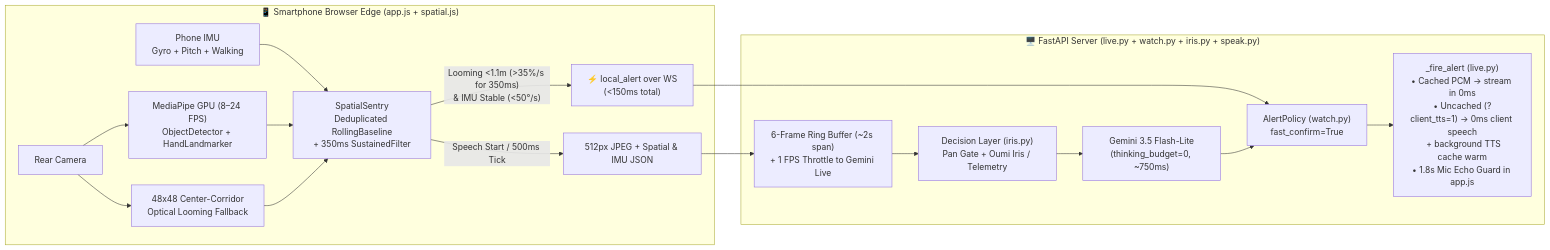
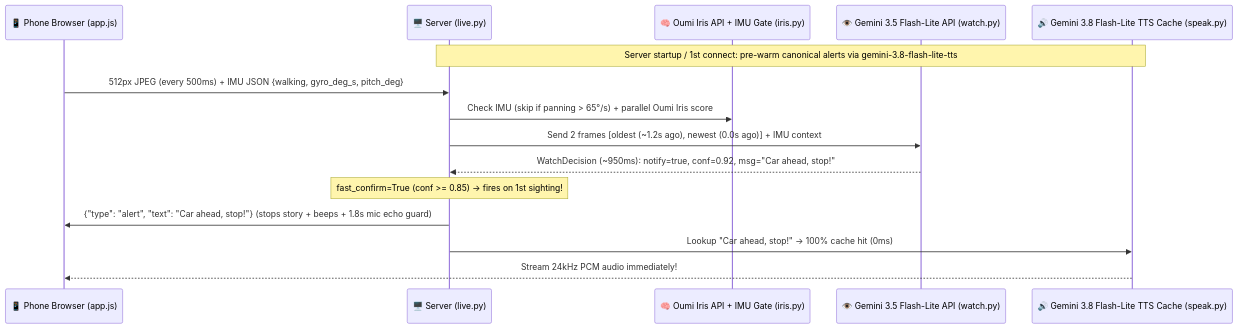
Before and after one commit to Mike17K/genaisummit2026: the diagram in project-context/fast-warnings-master-plan.md, drawn with Mermaid. The commit also changed other lines of this file, not shown here.

Commit message:
Update master plan to API-models-first architecture with live benchmark data

````diff
--- a/project-context/fast-warnings-master-plan.md
+++ b/project-context/fast-warnings-master-plan.md
@@ -25,21 +34,18 @@
 ```mermaid
-flowchart LR
-    subgraph Phone["📱 Smartphone Browser Edge (app.js + spatial.js)"]
-        Cam["Rear Camera"] --> MP["MediaPipe GPU (8–24 FPS)<br/>ObjectDetector + HandLandmarker"]
-        Cam --> Opt["48x48 Center-Corridor<br/>Optical Looming Fallback"]
-        IMU["Phone IMU<br/>Gyro + Pitch + Walking"] --> Sentry["SpatialSentry<br/>Deduplicated RollingBaseline<br/>+ 350ms SustainedFilter"]
-        MP --> Sentry
-        Opt --> Sentry
-        Sentry -- "Looming <1.1m (>35%/s for 350ms)<br/>& IMU Stable (<50°/s)" --> LocalAlert["⚡ local_alert over WS<br/>(<150ms total)"]
-        Sentry -- "Speech Start / 500ms Tick" --> FramePush["512px JPEG + Spatial & IMU JSON"]
-    end
+sequenceDiagram
+    participant Phone as 📱 Phone Browser (app.js)
+    participant Live as 🖥️ Server (live.py)
+    participant Iris as 🧠 Oumi Iris API + IMU Gate (iris.py)
+    participant Watch as 👁️ Gemini 3.5 Flash-Lite API (watch.py)
+    participant TTS as 🔊 Gemini 3.8 Flash-Lite TTS Cache (speak.py)
 
-    subgraph Server["🖥️ FastAPI Server (live.py + watch.py + iris.py + speak.py)"]
-        LocalAlert --> Policy["AlertPolicy (watch.py)<br/>fast_confirm=True"]
-        FramePush --> Ring["6-Frame Ring Buffer (~2s span)<br/>+ 1 FPS Throttle to Gemini Live"]
-        Ring --> Iris["Decision Layer (iris.py)<br/>Pan Gate + Oumi Iris / Telemetry"]
-        Iris --> Watch["Gemini 3.5 Flash-Lite<br/>(thinking_budget=0, ~750ms)"]
-        Watch --> Policy
-        Policy --> Fire["_fire_alert (live.py)<br/>• Cached PCM -> stream in 0ms<br/>• Uncached (?client_tts=1) -> 0ms client speech<br/>  + background TTS cache warm<br/>• 1.8s Mic Echo Guard in app.js"]
-    end
+    Note over Live,TTS: Server startup / 1st connect: pre-warm canonical alerts via gemini-3.8-flash-lite-tts
+    Phone->>Live: 512px JPEG (every 500ms) + IMU JSON {walking, gyro_deg_s, pitch_deg}
+    Live->>Iris: Check IMU (skip if panning > 65°/s) + parallel Oumi Iris score
+    Live->>Watch: Send 2 frames [oldest (~1.2s ago), newest (0.0s ago)] + IMU context
+    Watch-->>Live: WatchDecision (~950ms): notify=true, conf=0.92, msg="Car ahead, stop!"
+    Note over Live: fast_confirm=True (conf >= 0.85) -> fires on 1st sighting!
+    Live->>Phone: {"type": "alert", "text": "Car ahead, stop!"} (stops story + beeps + 1.8s mic echo guard)
+    Live->>TTS: Lookup "Car ahead, stop!" -> 100% cache hit (0ms)
+    TTS-->>Phone: Stream 24kHz PCM audio immediately!
 ```
````
